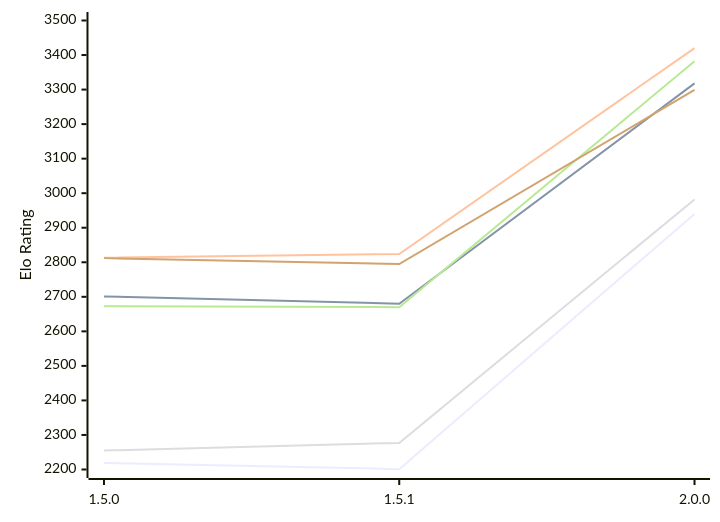
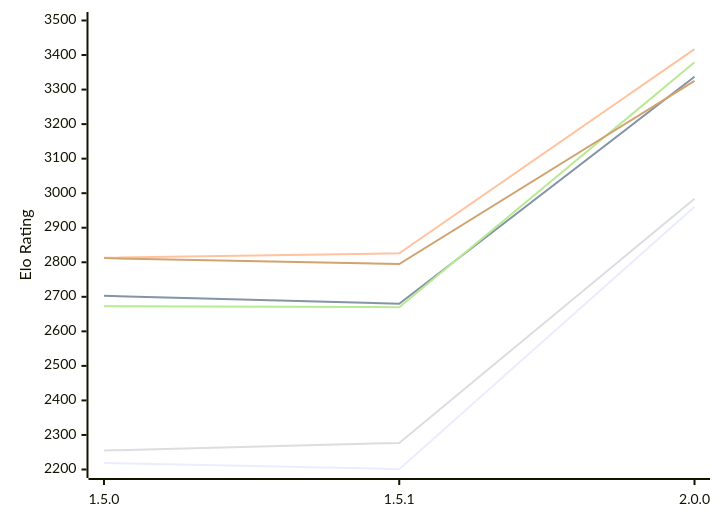
Before and after one commit to computer-chess-index/cci: the first of 2 diagrams in engines/Coco.md, drawn with Mermaid. The commit also changed other lines of this file, not shown here.

Commit message:
Update CCI Ratings (ELO VLTC) - 2026-11-27

````diff
--- a/engines/Coco.md
+++ b/engines/Coco.md
@@ -52,12 +52,12 @@
 ```mermaid
 %%{init: {"theme":"base","themeVariables":{"seriesColors:['#a3a3a3','#222221','#faa371']}}}%%
 xychart-beta
   x-axis ["1.5.0", "1.5.1", "2.0.0"]
   y-axis "Elo Rating" 2200 --> 3500
-  line "E1: STC (8.0+0.08s)" [2219, 2201, 2940]
-  line "E1: LTC (60.0+0.60s)" [2701, 2680, 3318]
-  line "E1: VLTC (2m24s+1.12s)" [2813, 2824, 3420]
-  line "P1: STC (8.0+0.08s)" [2255, 2277, 2982]
-  line "P1: LTC (60.0+0.60s)" [2673, 2670, 3382]
-  line "P1: VLTC (2m24s+1.12s)" [2812, 2795, 3299]
+  line "E1: STC (8.0+0.08s)" [2219, 2201, 2961]
+  line "E1: LTC (60.0+0.60s)" [2703, 2680, 3337]
+  line "E1: VLTC (2m24s+1.12s)" [2813, 2826, 3417]
+  line "P1: STC (8.0+0.08s)" [2255, 2277, 2984]
+  line "P1: LTC (60.0+0.60s)" [2673, 2670, 3379]
+  line "P1: VLTC (2m24s+1.12s)" [2812, 2795, 3325]
 ```
````
